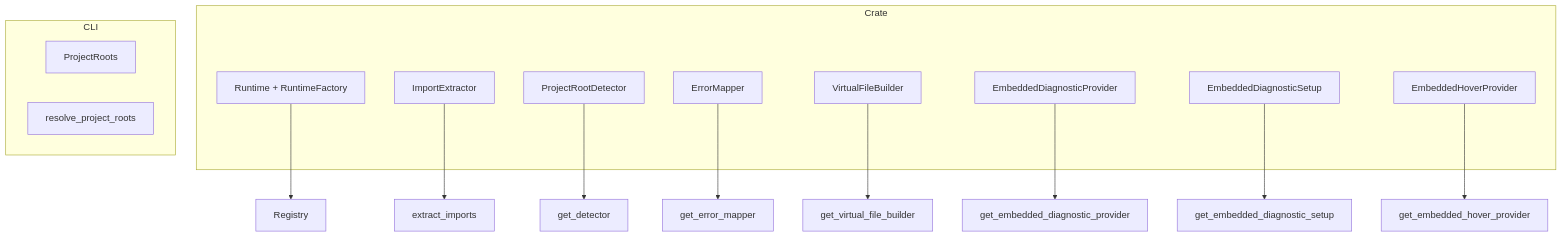
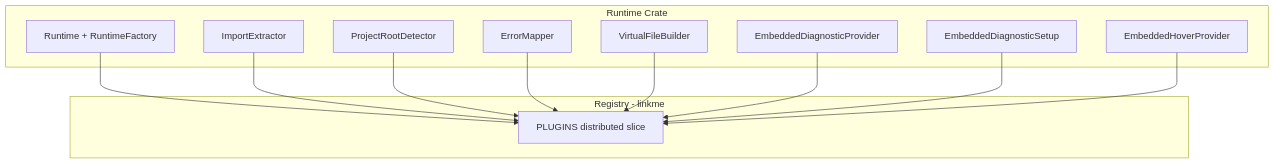
One commit to evm-tooling/poly-bech changed the diagram in docs/ADDING_A_RUNTIME.md. Above: the diagram before and after it, drawn with Mermaid. The commit also changed other lines of this file and 63 other files, not shown here.

````diff
--- a/docs/ADDING_A_RUNTIME.md
+++ b/docs/ADDING_A_RUNTIME.md
@@ -34,27 +44,26 @@
 ```mermaid
 flowchart TB
-    subgraph Crate [Crate]
+    subgraph Crate [Runtime Crate]
         Runtime[Runtime + RuntimeFactory]
         ImportExtractor[ImportExtractor]
         ProjectRootDetector[ProjectRootDetector]
         ErrorMapper[ErrorMapper]
         VirtualFileBuilder[VirtualFileBuilder]
         EmbeddedDiagnosticProvider[EmbeddedDiagnosticProvider]
         EmbeddedDiagnosticSetup[EmbeddedDiagnosticSetup]
         EmbeddedHoverProvider[EmbeddedHoverProvider]
     end
     
-    subgraph CLI [CLI]
-        ProjectRoots[ProjectRoots]
-        resolve_project_roots[resolve_project_roots]
+    subgraph Registry [Registry - linkme]
+        PLUGINS[PLUGINS distributed slice]
     end
     
-    Runtime --> Registry
-    ImportExtractor --> extract_imports
-    ProjectRootDetector --> get_detector
-    ErrorMapper --> get_error_mapper
-    VirtualFileBuilder --> get_virtual_file_builder
-    EmbeddedDiagnosticProvider --> get_embedded_diagnostic_provider
-    EmbeddedDiagnosticSetup --> get_embedded_diagnostic_setup
-    EmbeddedHoverProvider --> get_embedded_hover_provider
+    Runtime --> PLUGINS
+    ImportExtractor --> PLUGINS
+    ProjectRootDetector --> PLUGINS
+    ErrorMapper --> PLUGINS
+    VirtualFileBuilder --> PLUGINS
+    EmbeddedDiagnosticProvider --> PLUGINS
+    EmbeddedDiagnosticSetup --> PLUGINS
+    EmbeddedHoverProvider --> PLUGINS
 ```
````
